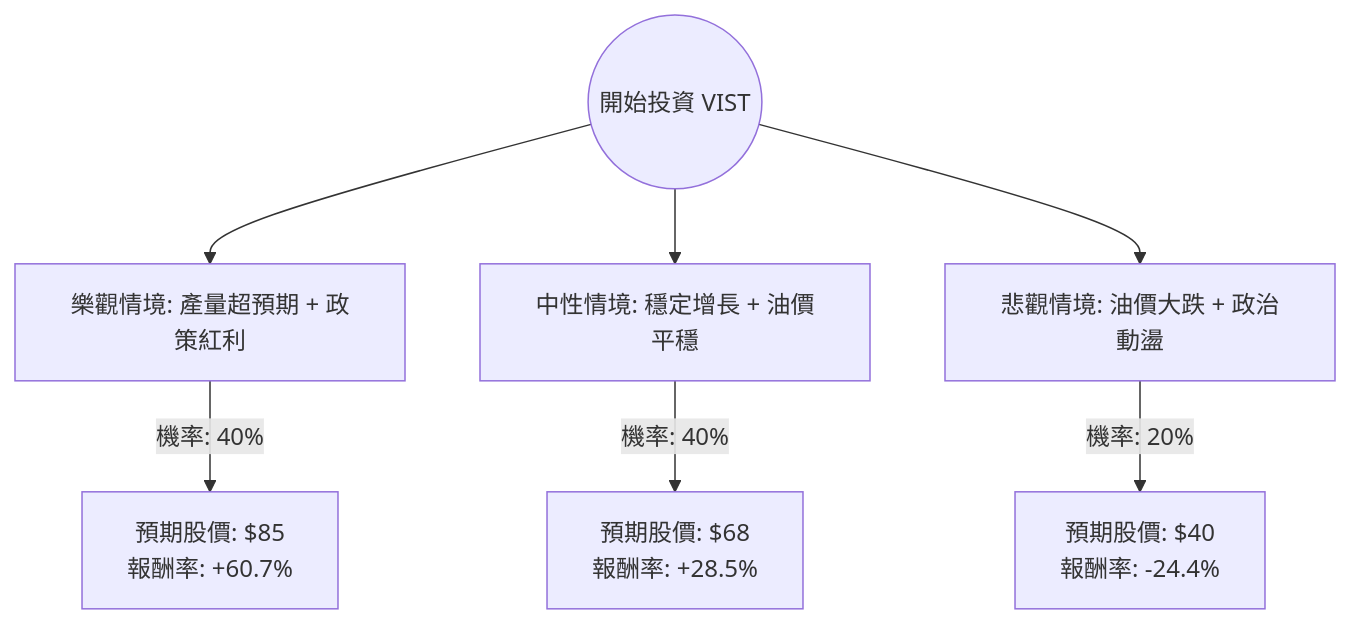
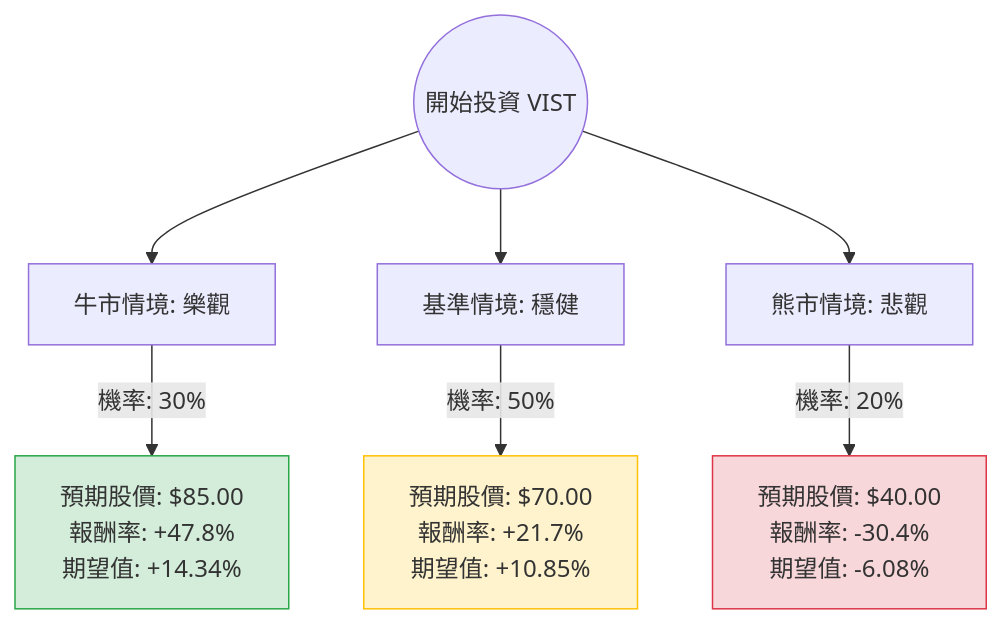
The diagram in plugin-react/ai-analysis/ev-analysis/VIST.md (zmcx16/zmcx16.github.io), drawn with Mermaid before and after one commit. The commit also changed other lines of this file and 85 other files, not shown here.

````diff
--- a/plugin-react/ai-analysis/ev-analysis/VIST.md
+++ b/plugin-react/ai-analysis/ev-analysis/VIST.md
@@ -21,10 +19,14 @@
 ```mermaid
 graph TD
-    Start((開始投資 VIST)) --> Bull[樂觀情境: 產量超預期 + 政策紅利]
-    Start --> Base[中性情境: 穩定增長 + 油價平穩]
-    Start --> Bear[悲觀情境: 油價大跌 + 政治動盪]
+    Start((開始投資 VIST)) --> Bull[牛市情境: 樂觀]
+    Start --> Base[基準情境: 穩健]
+    Start --> Bear[熊市情境: 悲觀]
 
-    Bull -- "機率: 40%" --> BullVal["預期股價: $85 <br/> 報酬率: +60.7%"]
-    Base -- "機率: 40%" --> BaseVal["預期股價: $68 <br/> 報酬率: +28.5%"]
-    Bear -- "機率: 20%" --> BearVal["預期股價: $40 <br/> 報酬率: -24.4%"]
+    Bull -- "機率: 30%" --> BullVal["預期股價: $85.00<br/>報酬率: +47.8%<br/>期望值: +14.34%"]
+    Base -- "機率: 50%" --> BaseVal["預期股價: $70.00<br/>報酬率: +21.7%<br/>期望值: +10.85%"]
+    Bear -- "機率: 20%" --> BearVal["預期股價: $40.00<br/>報酬率: -30.4%<br/>期望值: -6.08%"]
+
+    style BullVal fill:#d4edda,stroke:#28a745
+    style BaseVal fill:#fff3cd,stroke:#ffc107
+    style BearVal fill:#f8d7da,stroke:#dc3545
 ```
````
